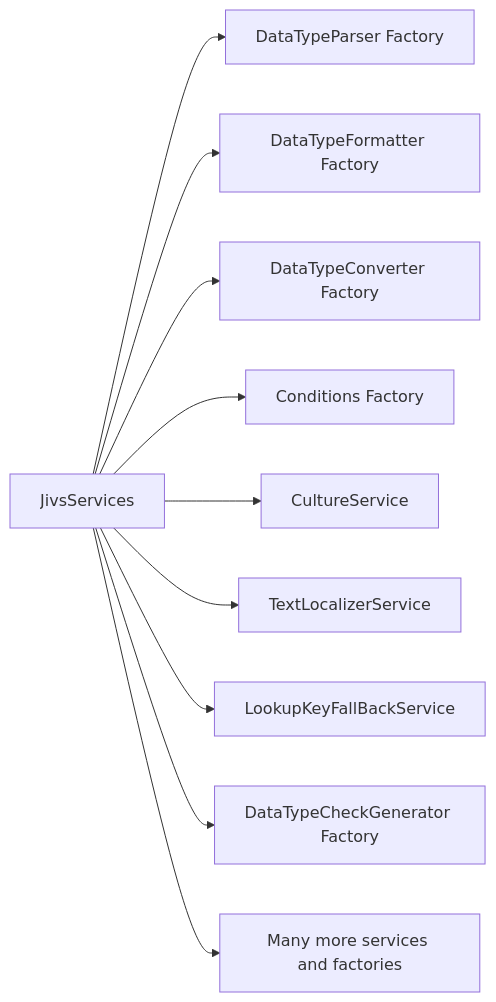
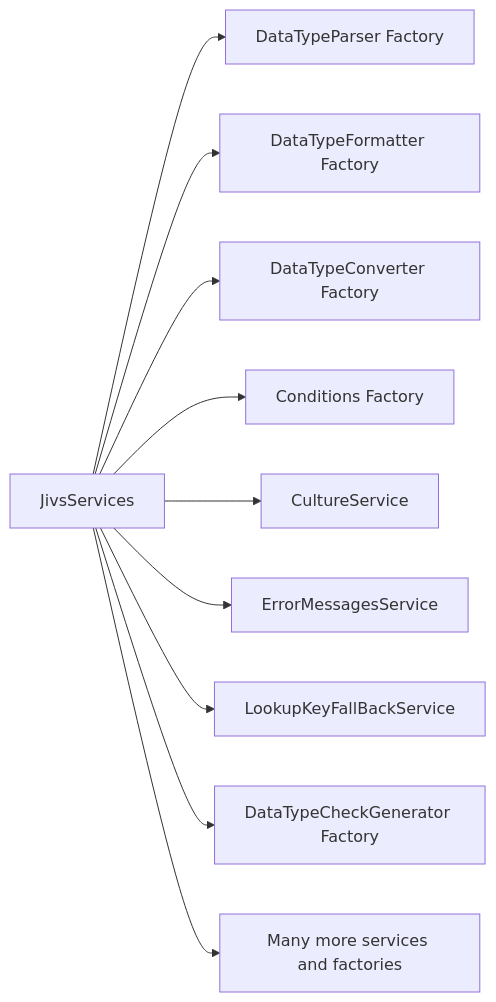
Before and after one commit to plblum/jivs: the third of 3 diagrams in docs/API/Home.md, drawn with Mermaid. The commit also changed other lines of this file and 70 other files, not shown here.

Commit message:
Rename TextLocalizerService to ErrorMessagesService

````diff
--- a/docs/API/Home.md
+++ b/docs/API/Home.md
@@ -76,12 +76,12 @@
 ```mermaid
 flowchart LR
     SERVICES["JivsServices"] --> PARSER["DataTypeParser Factory"]
     SERVICES --> FORMATTER["DataTypeFormatter Factory"]
     SERVICES --> CONVERTER["DataTypeConverter Factory"]
     SERVICES --> CONDITIONS["Conditions Factory"]
     SERVICES --> CULTURE["CultureService"]
-    SERVICES --> ERRORMESSAGES["TextLocalizerService"]
+    SERVICES --> ERRORMESSAGES["ErrorMessagesService"]
     SERVICES --> LOOKUP["LookupKeyFallBackService"]
     SERVICES --> CHECK["DataTypeCheckGenerator Factory"]
     SERVICES --> MORE["Many more services and factories"]
 ```
````
